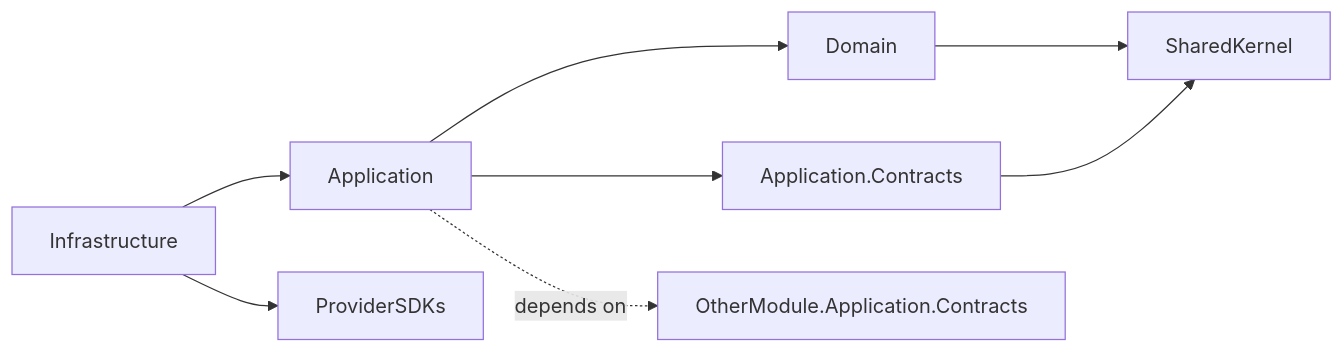
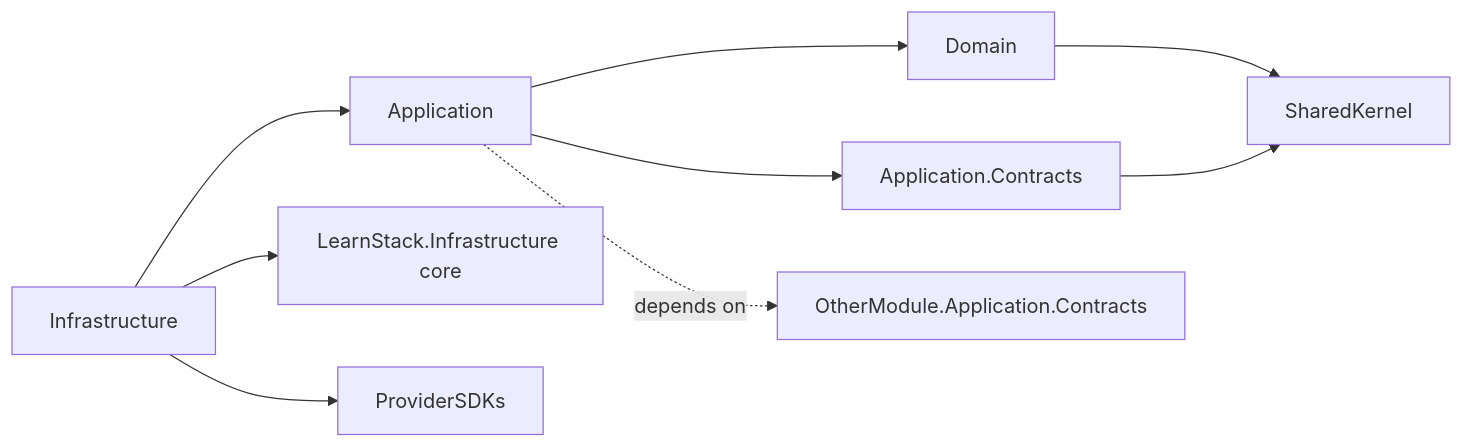
The diagram in .claude/skills/add-backend-module/SKILL.md (HodeTech/LearnStack), drawn with Mermaid before and after one commit. The commit also changed other lines of this file and 9 other files, not shown here.

````diff
--- a/.claude/skills/add-backend-module/SKILL.md
+++ b/.claude/skills/add-backend-module/SKILL.md
@@ -78,10 +78,11 @@
 ```mermaid
 flowchart LR
   Domain --> SharedKernel
   Application --> Domain
   Application --> Application.Contracts
   Application -. depends on .-> OtherModule.Application.Contracts
   Infrastructure --> Application
+  Infrastructure --> CoreInfrastructure[LearnStack.Infrastructure core]
   Infrastructure --> ProviderSDKs
   Application.Contracts --> SharedKernel
 ```
````
